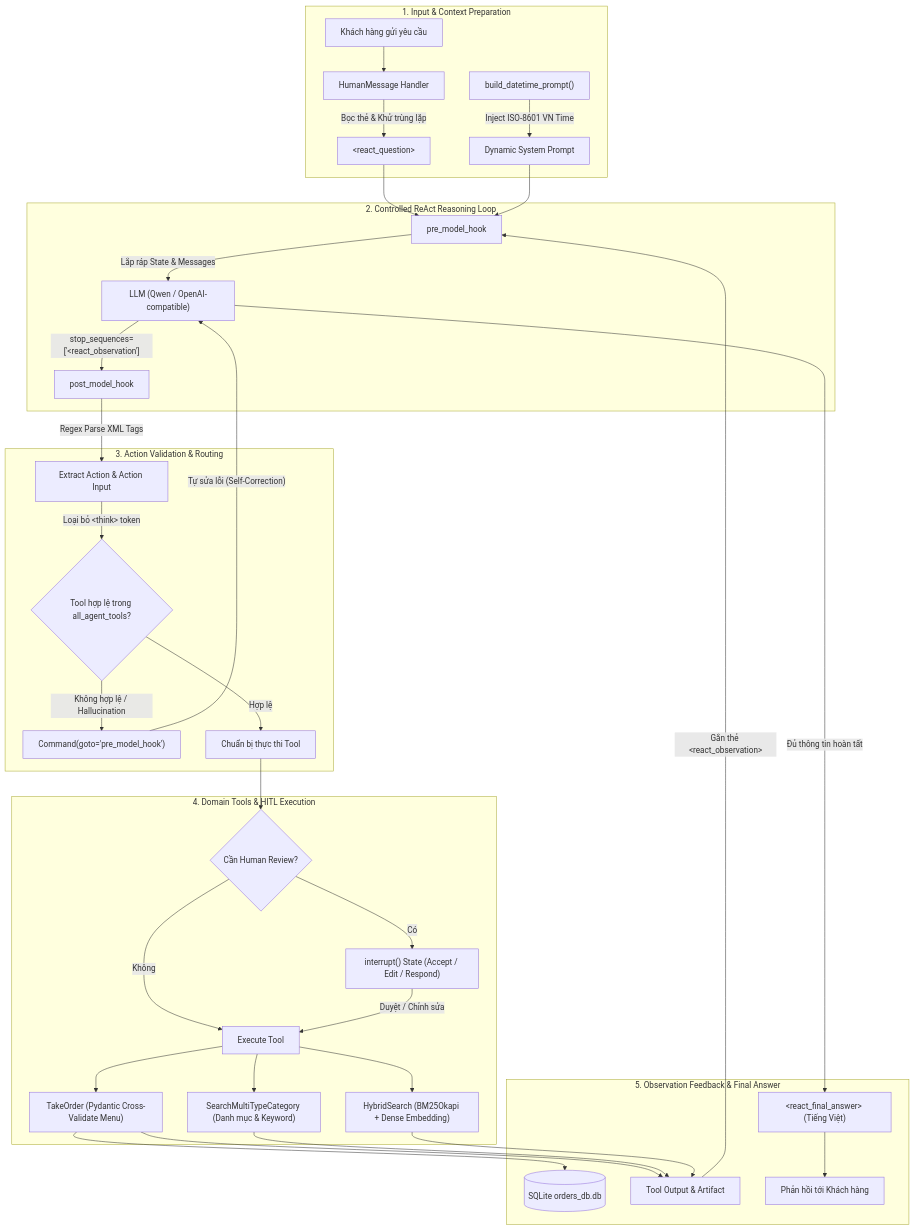
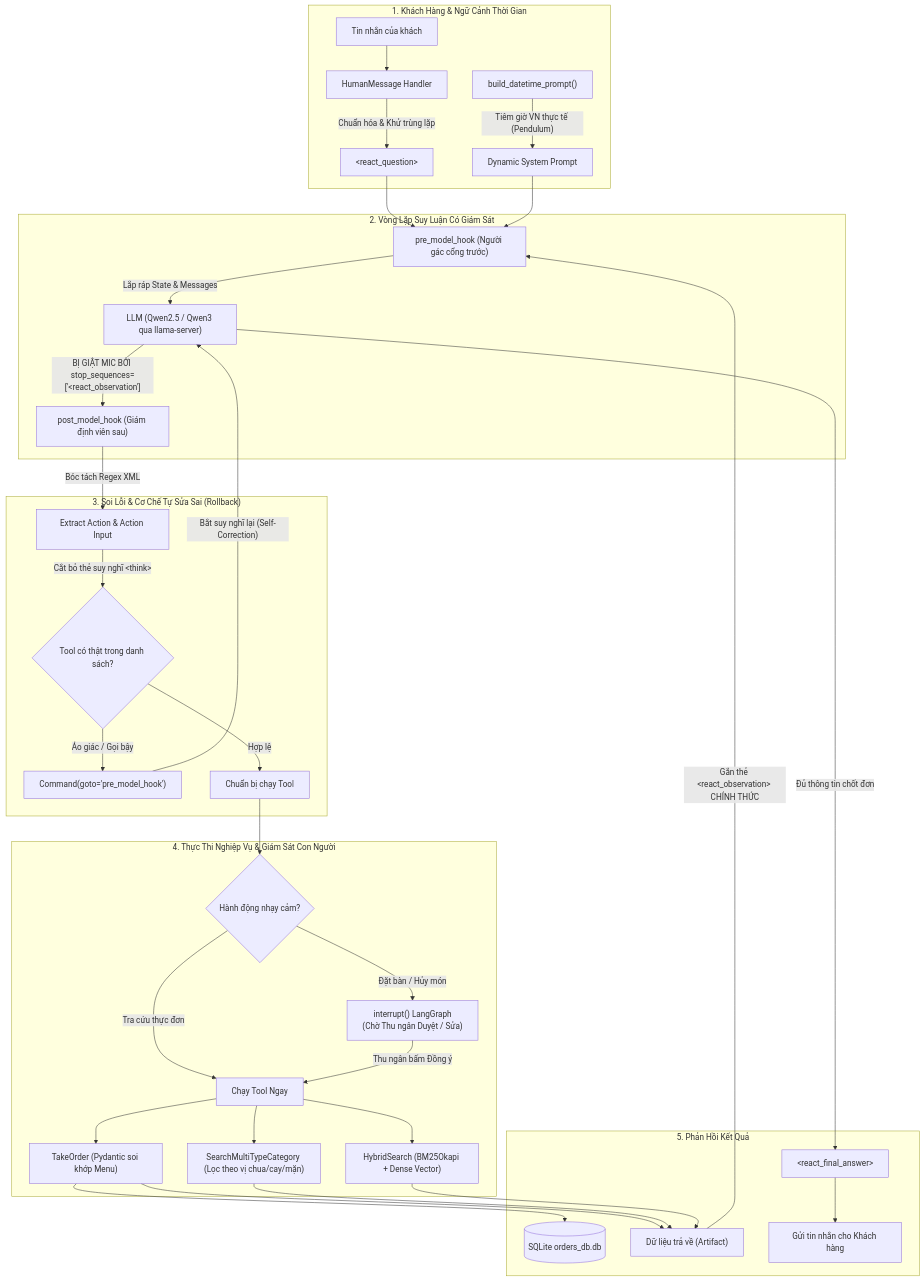
The diagram in content/posts/multi-agent-workflow-langraph.md (vinh-gogo/glory-hinody), drawn with Mermaid before and after one commit. The commit also changed other lines of this file and 1 other file, not shown here.

First line of the commit message:
refactor(content): rewrite LangGraph ReAct Agent post into engaging, witty engineering storytelling

````diff
--- a/content/posts/multi-agent-workflow-langraph.md
+++ b/content/posts/multi-agent-workflow-langraph.md
@@ -46,43 +56,43 @@
 ```mermaid
 flowchart TD
-    subgraph INPUT["1. Input & Context Preparation"]
-        U["Khách hàng gửi yêu cầu"] --> H1["HumanMessage Handler"]
-        H1 -->|"Bọc thẻ & Khử trùng lặp"| Q1["&lt;react_question&gt;"]
-        DT["build_datetime_prompt()"] -->|"Inject ISO-8601 VN Time"| SYS["Dynamic System Prompt"]
+    subgraph INPUT["1. Khách Hàng & Ngữ Cảnh Thời Gian"]
+        U["Tin nhắn của khách"] --> H1["HumanMessage Handler"]
+        H1 -->|"Chuẩn hóa & Khử trùng lặp"| Q1["&lt;react_question&gt;"]
+        DT["build_datetime_prompt()"] -->|"Tiêm giờ VN thực tế (Pendulum)"| SYS["Dynamic System Prompt"]
     end
 
-    subgraph LLM_LOOP["2. Controlled ReAct Reasoning Loop"]
-        Q1 --> PRE["pre_model_hook"]
+    subgraph LLM_LOOP["2. Vòng Lặp Suy Luận Có Giám Sát"]
+        Q1 --> PRE["pre_model_hook (Người gác cổng trước)"]
         SYS --> PRE
-        PRE -->|"Lắp ráp State & Messages"| LLM["LLM (Qwen / OpenAI-compatible)"]
-        LLM -->|"stop_sequences=['&lt;react_observation']"| POST["post_model_hook"]
+        PRE -->|"Lắp ráp State & Messages"| LLM["LLM (Qwen2.5 / Qwen3 qua llama-server)"]
+        LLM -->|"BỊ GIẬT MIC BỞI stop_sequences=['&lt;react_observation']"| POST["post_model_hook (Giám định viên sau)"]
     end
 
-    subgraph VALIDATION["3. Action Validation & Routing"]
-        POST -->|"Regex Parse XML Tags"| PARSE["Extract Action & Action Input"]
-        PARSE -->|"Loại bỏ &lt;think&gt; token"| CHK{"Tool hợp lệ trong all_agent_tools?"}
-        CHK -->|"Không hợp lệ / Hallucination"| RETRY["Command(goto='pre_model_hook')"]
-        RETRY -->|"Tự sửa lỗi (Self-Correction)"| LLM
-        CHK -->|"Hợp lệ"| EXEC["Chuẩn bị thực thi Tool"]
+    subgraph VALIDATION["3. Soi Lỗi & Cơ Chế Tự Sửa Sai (Rollback)"]
+        POST -->|"Bóc tách Regex XML"| PARSE["Extract Action & Action Input"]
+        PARSE -->|"Cắt bỏ thẻ suy nghĩ &lt;think&gt;"| CHK{"Tool có thật trong danh sách?"}
+        CHK -->|"Ảo giác / Gọi bậy"| RETRY["Command(goto='pre_model_hook')"]
+        RETRY -->|"Bắt suy nghĩ lại (Self-Correction)"| LLM
+        CHK -->|"Hợp lệ"| EXEC["Chuẩn bị chạy Tool"]
     end
 
-    subgraph TOOLS["4. Domain Tools & HITL Execution"]
-        EXEC --> HITL{"Cần Human Review?"}
-        HITL -->|"Có"| INT["interrupt() State (Accept / Edit / Respond)"]
-        HITL -->|"Không"| RUN["Execute Tool"]
-        INT -->|"Duyệt / Chỉnh sửa"| RUN
-        RUN --> T1["TakeOrder (Pydantic Cross-Validate Menu)"]
-        RUN --> T2["SearchMultiTypeCategory (Danh mục & Keyword)"]
-        RUN --> T3["HybridSearch (BM25Okapi + Dense Embedding)"]
+    subgraph TOOLS["4. Thực Thi Nghiệp Vụ & Giám Sát Con Người"]
+        EXEC --> HITL{"Hành động nhạy cảm?"}
+        HITL -->|"Đặt bàn / Hủy món"| INT["interrupt() LangGraph<br/>(Chờ Thu ngân Duyệt / Sửa)"]
+        HITL -->|"Tra cứu thực đơn"| RUN["Chạy Tool Ngay"]
+        INT -->|"Thu ngân bấm Đồng ý"| RUN
+        RUN --> T1["TakeOrder (Pydantic soi khớp Menu)"]
+        RUN --> T2["SearchMultiTypeCategory (Lọc theo vị chua/cay/mặn)"]
+        RUN --> T3["HybridSearch (BM25Okapi + Dense Vector)"]
     end
 
-    subgraph OUTPUT["5. Observation Feedback & Final Answer"]
+    subgraph OUTPUT["5. Phản Hồi Kết Quả"]
         T1 --> DB[("SQLite orders_db.db")]
-        T1 --> OBS["Tool Output & Artifact"]
+        T1 --> OBS["Dữ liệu trả về (Artifact)"]
         T2 --> OBS
         T3 --> OBS
-        OBS -->|"Gắn thẻ &lt;react_observation&gt;"| PRE
-        LLM -->|"Đủ thông tin hoàn tất"| ANS["&lt;react_final_answer&gt; (Tiếng Việt)"]
-        ANS --> USER_OUT["Phản hồi tới Khách hàng"]
+        OBS -->|"Gắn thẻ &lt;react_observation&gt; CHÍNH THỨC"| PRE
+        LLM -->|"Đủ thông tin chốt đơn"| ANS["&lt;react_final_answer&gt;"]
+        ANS --> USER_OUT["Gửi tin nhắn cho Khách hàng"]
     end
 ```
````
